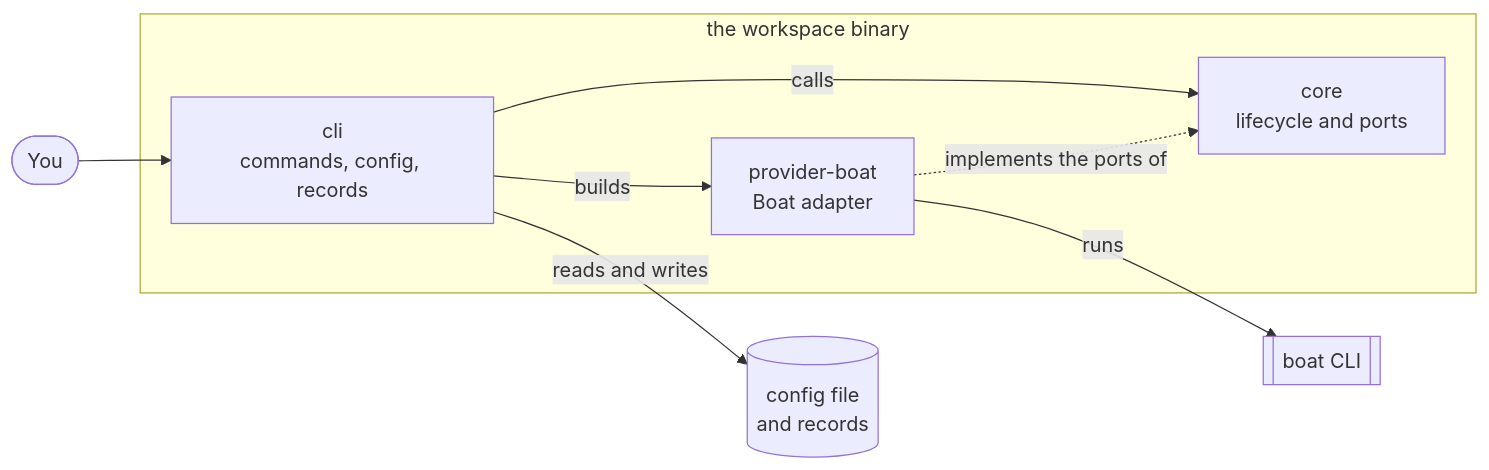
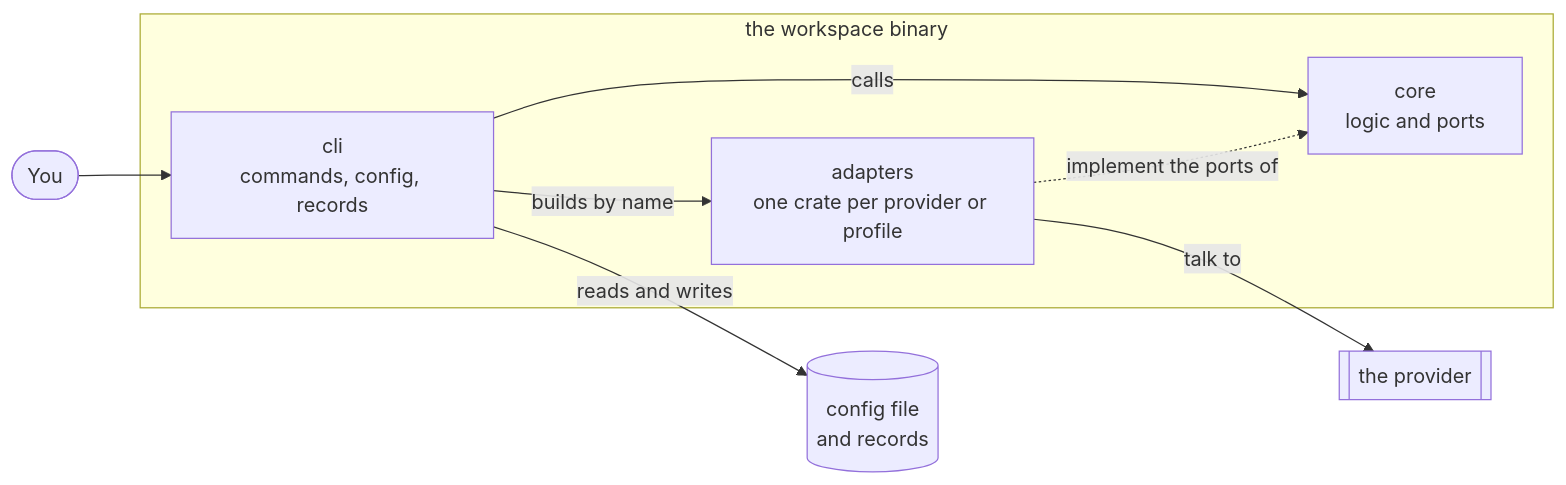
The first of 6 diagrams in docs/architecture.md (NextNodeSolutions/workspace), drawn with Mermaid before and after one commit. The commit also changed other lines of this file and 4 other files, not shown here.

````diff
--- a/docs/architecture.md
+++ b/docs/architecture.md
@@ -7,14 +7,14 @@
 ```mermaid
 flowchart LR
     user([You]) --> cli
     subgraph binary [the workspace binary]
         cli["cli<br/>commands, config, records"]
-        core["core<br/>lifecycle and ports"]
-        boat["provider-boat<br/>Boat adapter"]
+        core["core<br/>logic and ports"]
+        adapters["adapters<br/>one crate per provider or profile"]
     end
     cli -- calls --> core
-    cli -- builds --> boat
-    boat -. implements the ports of .-> core
-    boat -- runs --> boatcli[[boat CLI]]
+    cli -- builds by name --> adapters
+    adapters -. implement the ports of .-> core
+    adapters -- talk to --> outside[[the provider]]
     cli -- reads and writes --> files[(config file<br/>and records)]
 ```
````
